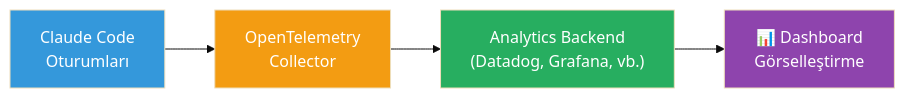
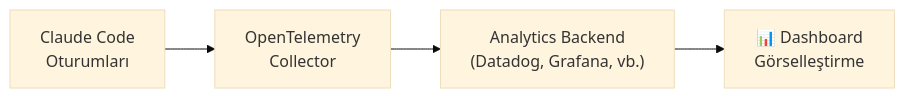
One commit to IzzetYasinAtes/ClaudeCodeHandbook changed the fifth of 7 diagrams in 18-kurumsal-kullanim/02-analitik-ve-metrikler.md. Above: the diagram before and after it, drawn with Mermaid (base theme). The commit also changed other lines of this file and 97 other files, not shown here.

Commit message:
Remove all custom Mermaid style/fill colors from 98 markdown files for consistent dark theme rendering

````diff
--- a/18-kurumsal-kullanim/02-analitik-ve-metrikler.md
+++ b/18-kurumsal-kullanim/02-analitik-ve-metrikler.md
@@ -189,11 +177,7 @@
 ```mermaid
 flowchart LR
     CC["Claude Code<br/>Oturumları"] --> OTEL["OpenTelemetry<br/>Collector"]
     OTEL --> BACKEND["Analytics Backend<br/>(Datadog, Grafana, vb.)"]
     BACKEND --> DASHBOARD["📊 Dashboard<br/>Görselleştirme"]
 
-    style CC fill:#3498DB,color:#fff
-    style OTEL fill:#F39C12,color:#fff
-    style BACKEND fill:#27AE60,color:#fff
-    style DASHBOARD fill:#8E44AD,color:#fff
 ```
````
